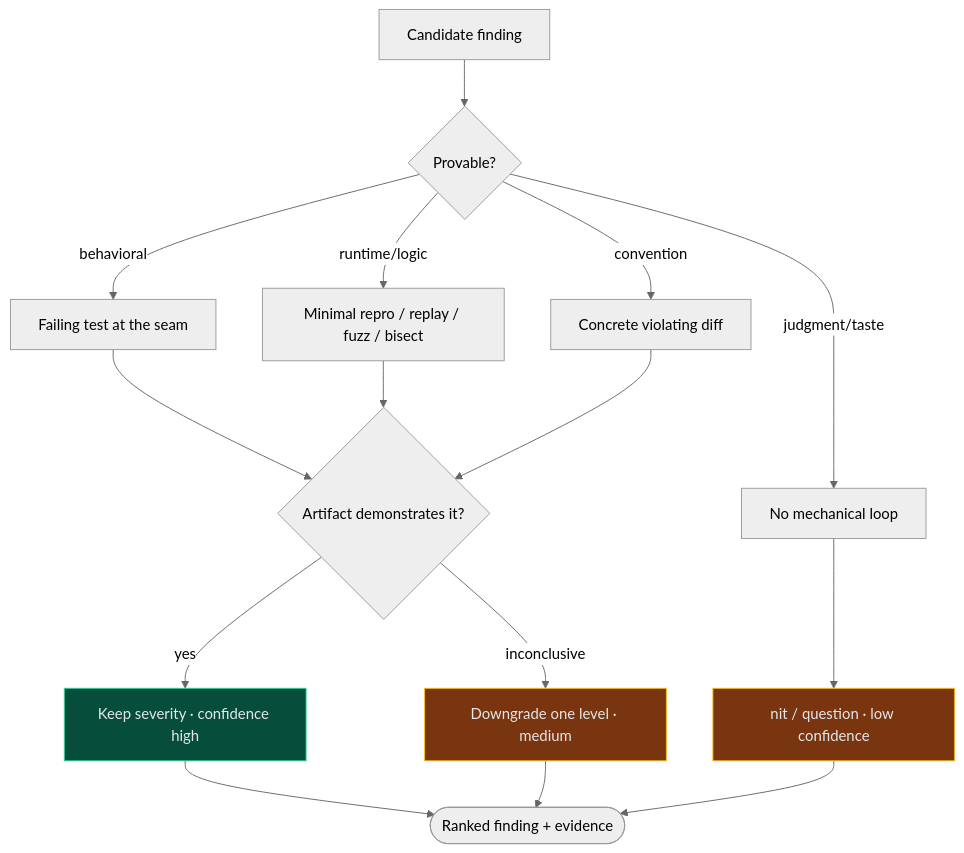
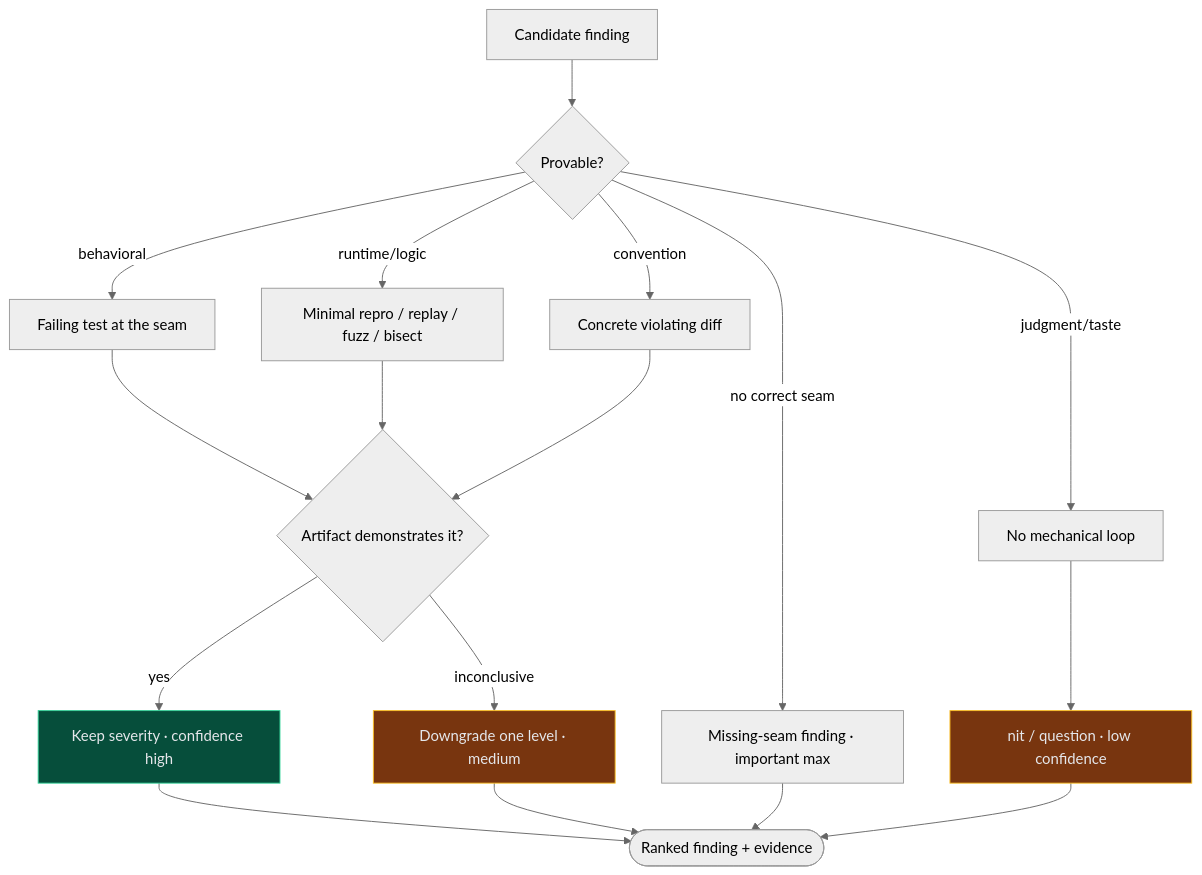
One commit to powerslider/nitpickle changed the fifth of 5 diagrams in README.md. Above: the diagram before and after it, drawn with Mermaid (neutral theme). The commit also changed other lines of this file and 5 other files, not shown here.

First line of the commit message:
feat: single-source the Finding schema and fix the severity contradiction

````diff
--- a/README.md
+++ b/README.md
@@ -351,22 +352,24 @@
 ```mermaid
 flowchart TD
     C[Candidate finding] --> K{Provable?}
     K -->|behavioral| T[Failing test at the seam]
     K -->|runtime/logic| R[Minimal repro / replay / fuzz / bisect]
     K -->|convention| D[Concrete violating diff]
     K -->|judgment/taste| N[No mechanical loop]
+    K -->|no correct seam| MS[Missing-seam finding · important max]
     T --> G{Artifact demonstrates it?}
     R --> G
     D --> G
     G -->|yes| KEEP[Keep severity · confidence high]
     G -->|inconclusive| DOWN[Downgrade one level · medium]
     N --> NIT[nit / question · low confidence]
     KEEP --> OUT([Ranked finding + evidence])
     DOWN --> OUT
+    MS --> OUT
     NIT --> OUT
 
     classDef ok fill:#064e3b,stroke:#34d399,color:#e5e7eb
     classDef warn fill:#78350f,stroke:#fbbf24,color:#e5e7eb
     class KEEP ok
     class DOWN,NIT warn
 ```
````
